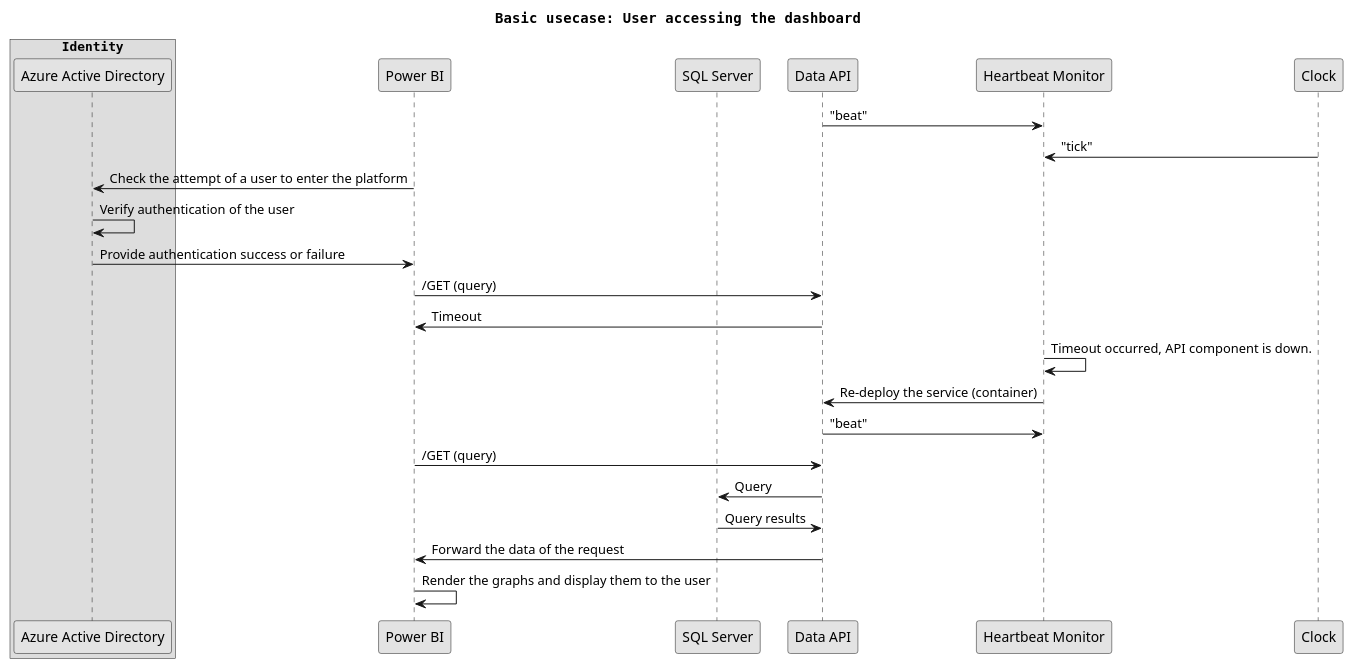
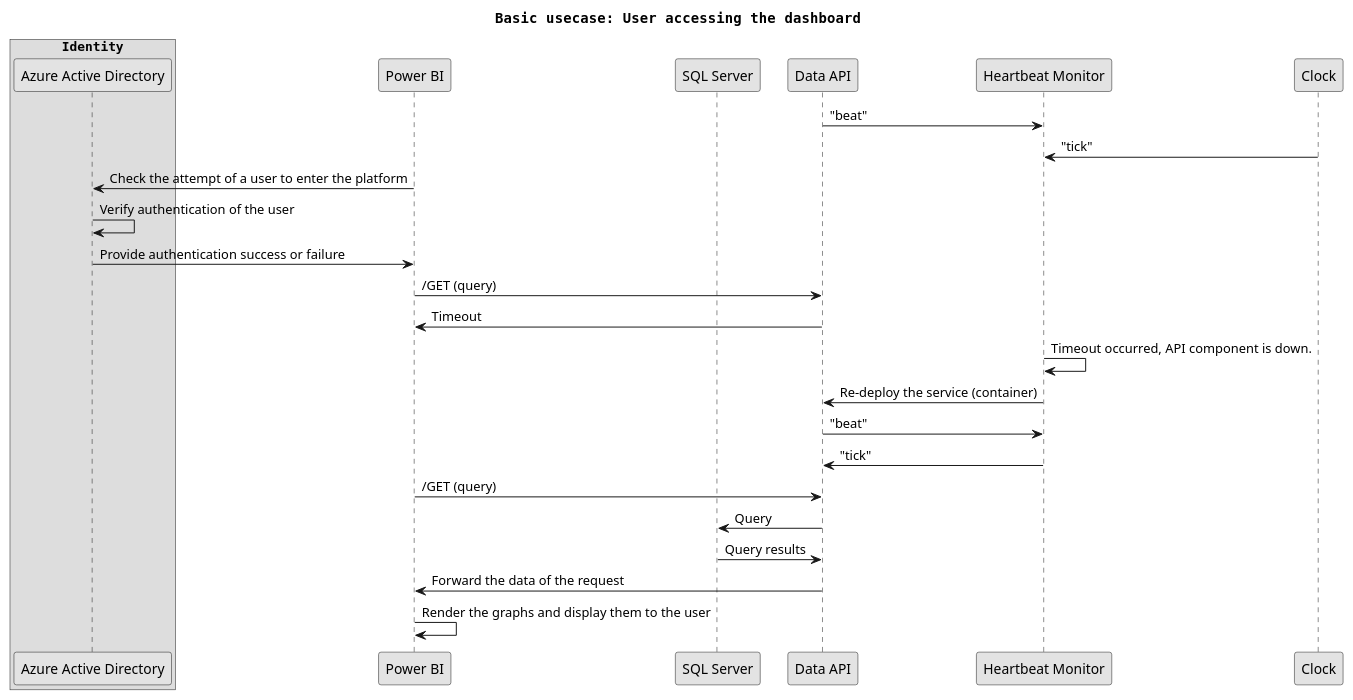
The diagram in src/sa/model/examples/13_process_view_stateless.puml (USI-MSDE-SA-2022/software-architecture-model-Travad), drawn with PlantUML before and after one commit. The commit also changed 2 other files, not shown here.

```diff
--- a/src/sa/model/examples/13_process_view_stateless.puml
+++ b/src/sa/model/examples/13_process_view_stateless.puml
@@ -1,45 +1,46 @@
 @startuml
 title Basic usecase: User accessing the dashboard​
 
 box "Identity"
 participant "Azure Active Directory" as AAD
 end box
 
 participant "Power BI" as PBI
 participant "SQL Server​" as SQLS
 participant "Data API​" as DAPI
 
 participant "Heartbeat​​ Monitor" as HTB
 participant "Clock" as CLC
 
 ' Monitoring resources
 DAPI -> HTB: "beat"
 CLC -> HTB: "tick"
 
 ' Authentication in the meanwhile
 PBI -> AAD: Check the attempt of a user to enter the platform
 AAD -> AAD: Verify authentication of the user
 AAD -> PBI: Provide authentication success or failure
 
 ' The data API service is timed-out
 PBI -> DAPI: /GET (query)
 DAPI -> PBI: Timeout
 
 ' Finally, the service has came back up and we can forward the request
 HTB -> HTB: Timeout occurred, API component is down.
 HTB -> DAPI: Re-deploy the service (container)
 
 ' The service is up and running when it sends the beat to the monitoring service
 DAPI -> HTB: "beat"
+HTB -> DAPI: "tick"
 
 ' Re-attempt to retrieve the data
 PBI -> DAPI: /GET (query)
 DAPI -> SQLS: Query
 SQLS -> DAPI: Query results
 DAPI -> PBI: Forward the data of the request
 PBI -> PBI: Render the graphs and display them to the user
 
 skinparam monochrome true
 skinparam shadowing false
 skinparam defaultFontName Courier
 @enduml
```
